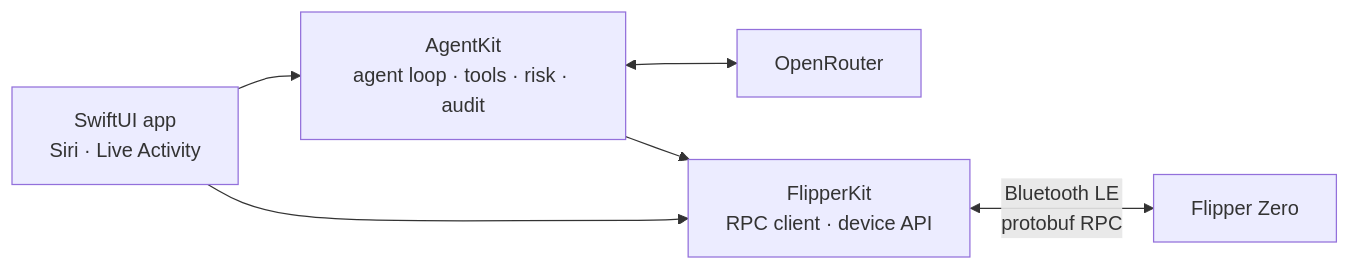
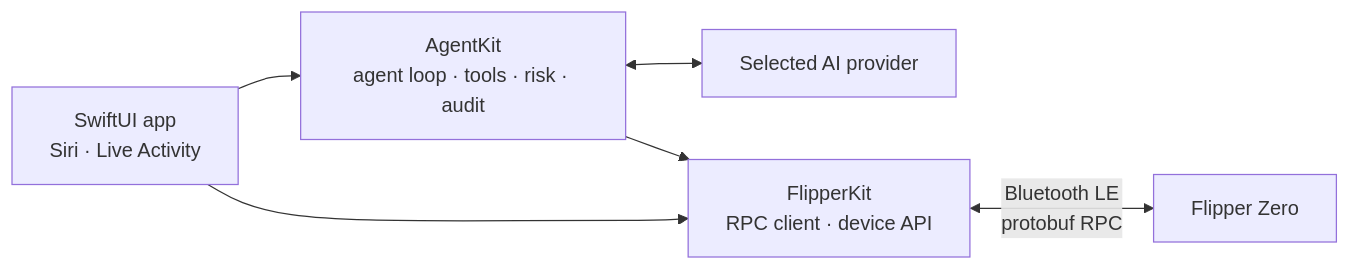
Before and after one commit to flipper-hero/ios-app: the diagram in README.md, drawn with Mermaid. The commit also changed other lines of this file and 25 other files, not shown here.

````diff
--- a/README.md
+++ b/README.md
@@ -241,8 +249,8 @@
 ```mermaid
 flowchart LR
     UI["SwiftUI app<br/>Siri · Live Activity"] --> Agent["AgentKit<br/>agent loop · tools · risk · audit"]
-    Agent <--> LLM["OpenRouter"]
+    Agent <--> LLM["Selected AI provider"]
     Agent --> Kit["FlipperKit<br/>RPC client · device API"]
     UI --> Kit
     Kit <-->|"Bluetooth LE<br/>protobuf RPC"| Flipper["Flipper Zero"]
 ```
````
